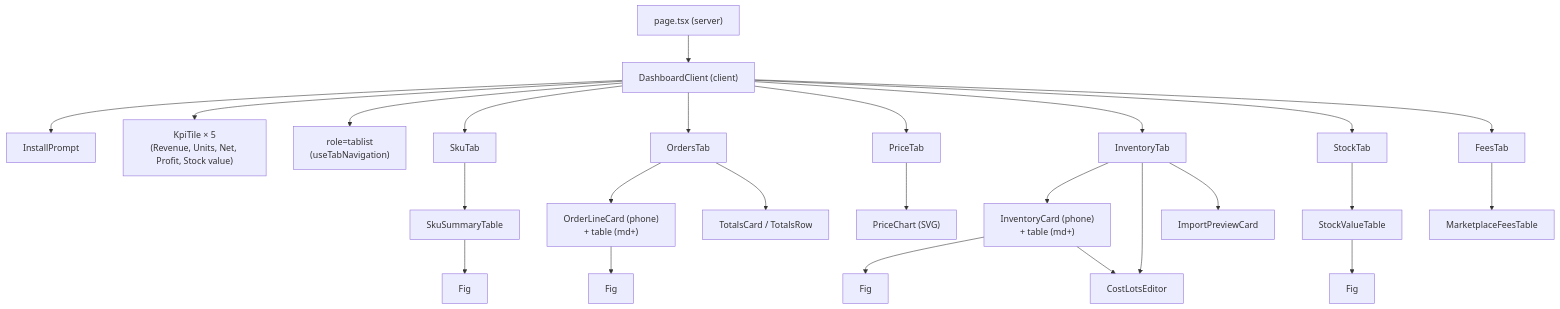
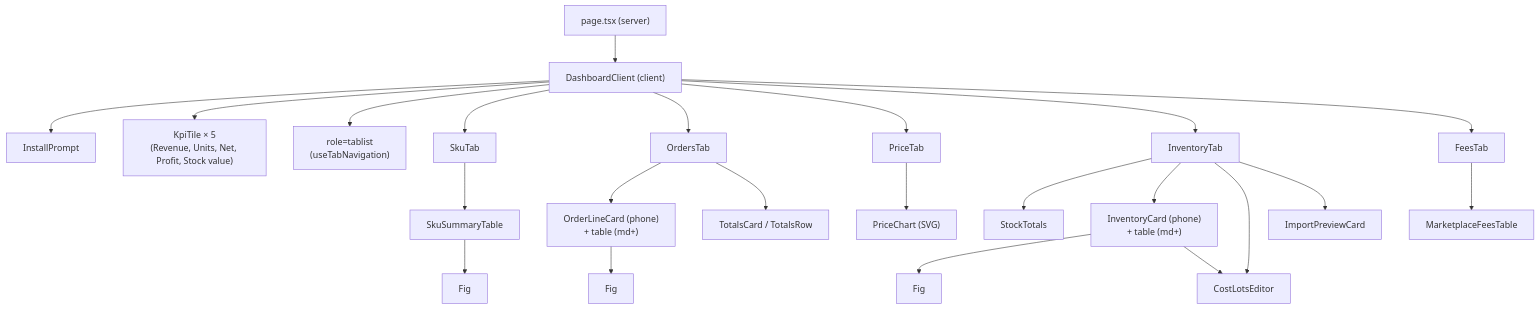
The first of 4 diagrams in docs/systems/frontend.md (RafaelOjeda/byRaf_Distribution_Tools), drawn with Mermaid before and after one commit. The commit also changed other lines of this file and 16 other files, not shown here.

First line of the commit message:
Merge Stock value into the Inventory tab (PR 1)

````diff
--- a/docs/systems/frontend.md
+++ b/docs/systems/frontend.md
@@ -47,19 +48,17 @@
 ```mermaid
 flowchart TD
     Page["page.tsx (server)"] --> DC["DashboardClient (client)"]
     DC --> Install["InstallPrompt"]
     DC --> KpiTiles["KpiTile × 5\n(Revenue, Units, Net, Profit, Stock value)"]
     DC --> TabBar["role=tablist\n(useTabNavigation)"]
     DC --> SkuTabC["SkuTab"] --> SkuTable["SkuSummaryTable"]
     DC --> OrdersTabC["OrdersTab"] --> OrderCards["OrderLineCard (phone)\n+ table (md+)"] & Totals["TotalsCard / TotalsRow"]
     DC --> PriceTabC["PriceTab"] --> PriceChart["PriceChart (SVG)"]
-    DC --> InvTabC["InventoryTab"] --> InvCards["InventoryCard (phone)\n+ table (md+)"] & CostEditor["CostLotsEditor"] & ImportCard["ImportPreviewCard"]
-    DC --> StockTabC["StockTab"] --> StockTable["StockValueTable"]
+    DC --> InvTabC["InventoryTab"] --> StockTotalsC["StockTotals"] & InvCards["InventoryCard (phone)\n+ table (md+)"] & CostEditor["CostLotsEditor"] & ImportCard["ImportPreviewCard"]
     DC --> FeesTabC["FeesTab"] --> FeesTable["MarketplaceFeesTable"]
 
     SkuTable --> Fig1["Fig"]
     OrderCards --> Fig2["Fig"]
     InvCards --> Fig3["Fig"]
-    StockTable --> Fig4["Fig"]
     InvCards --> CostEditor
 ```
````
